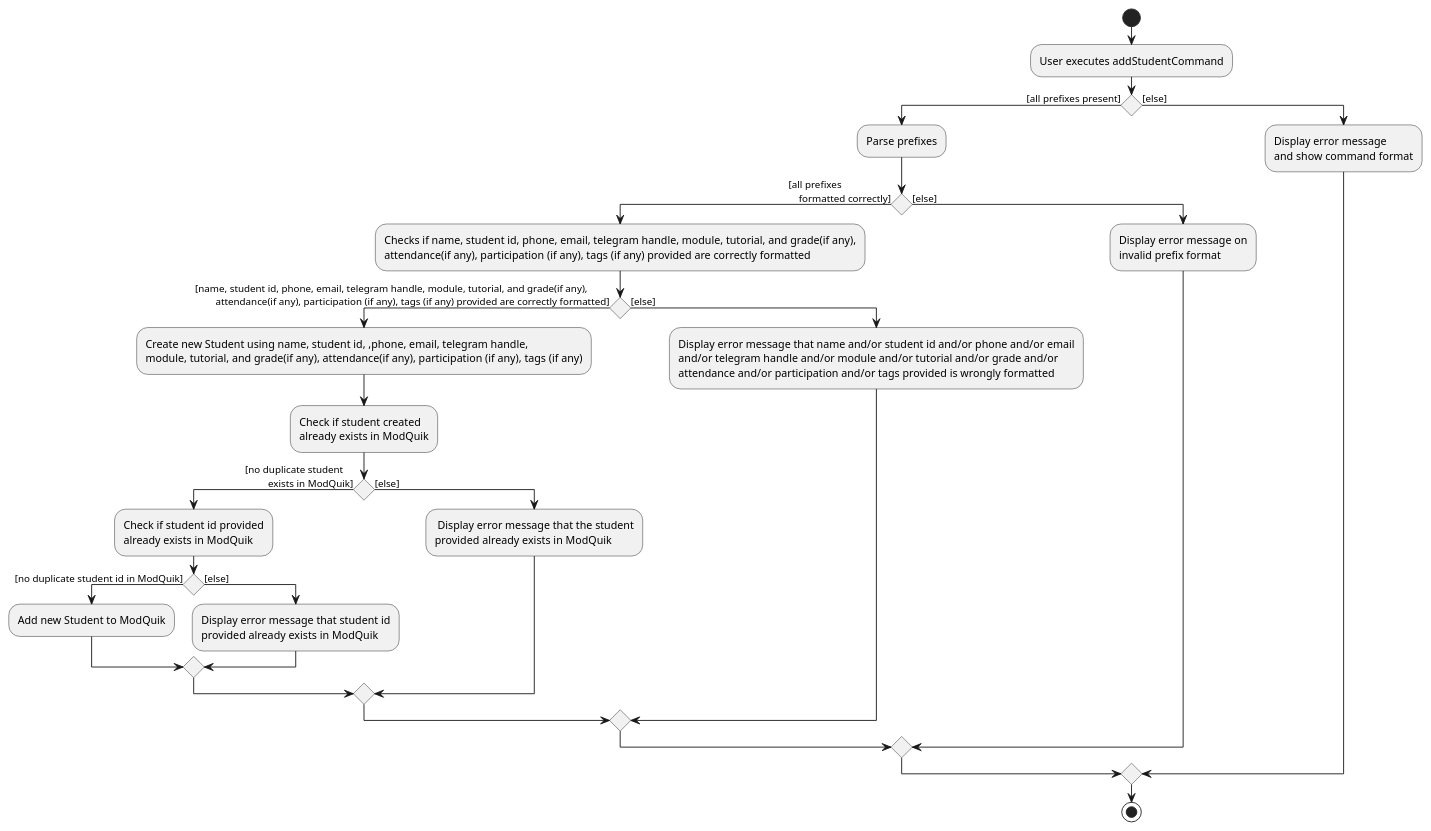
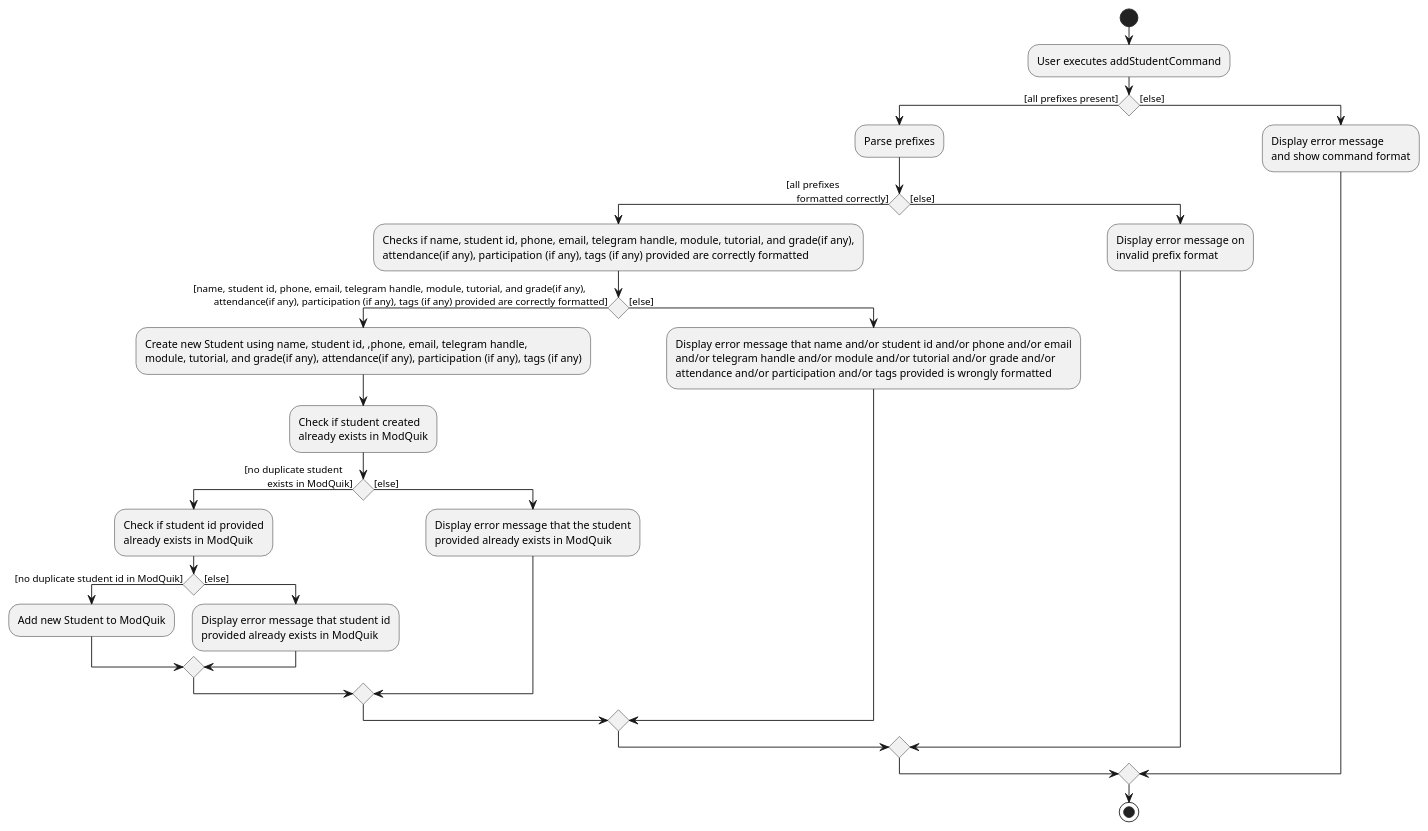
One commit to nus-cs2103-AY2223S1/tp changed the diagram in docs/diagrams/AddStudentActivityDiagram.puml. Above: the diagram before and after it, drawn with PlantUML.

Commit message:
Trailing whitespace

```diff
--- a/docs/diagrams/AddStudentActivityDiagram.puml
+++ b/docs/diagrams/AddStudentActivityDiagram.puml
@@ -1,45 +1,45 @@
 @startuml
 start
 :User executes addStudentCommand;
 
 if () then ([all prefixes present])
     :Parse prefixes;
     if () then ([all prefixes
     formatted correctly])
         :Checks if name, student id, phone, email, telegram handle, module, tutorial, and grade(if any),
         attendance(if any), participation (if any), tags (if any) provided are correctly formatted;
         if () then ([name, student id, phone, email, telegram handle, module, tutorial, and grade(if any),
         attendance(if any), participation (if any), tags (if any) provided are correctly formatted])
             :Create new Student using name, student id, ,phone, email, telegram handle,
             module, tutorial, and grade(if any), attendance(if any), participation (if any), tags (if any);
             :Check if student created
             already exists in ModQuik;
             if() then ([no duplicate student
          exists in ModQuik])
                 :Check if student id provided
                 already exists in ModQuik;
                 if() then ([no duplicate student id in ModQuik])
                     :Add new Student to ModQuik;
                  else ([else])
-                    :Display error message that student id 
+                    :Display error message that student id
                     provided already exists in ModQuik;
                 endif
             else ([else])
-                : Display error message that the student
+                :Display error message that the student
                 provided already exists in ModQuik;
             endif
         else ([else])
             :Display error message that name and/or student id and/or phone and/or email
             and/or telegram handle and/or module and/or tutorial and/or grade and/or
             attendance and/or participation and/or tags provided is wrongly formatted;
         endif
     else ([else])
         :Display error message on
         invalid prefix format;
     endif
 else ([else])
     :Display error message
     and show command format;
 endif
 stop
 @enduml
```
